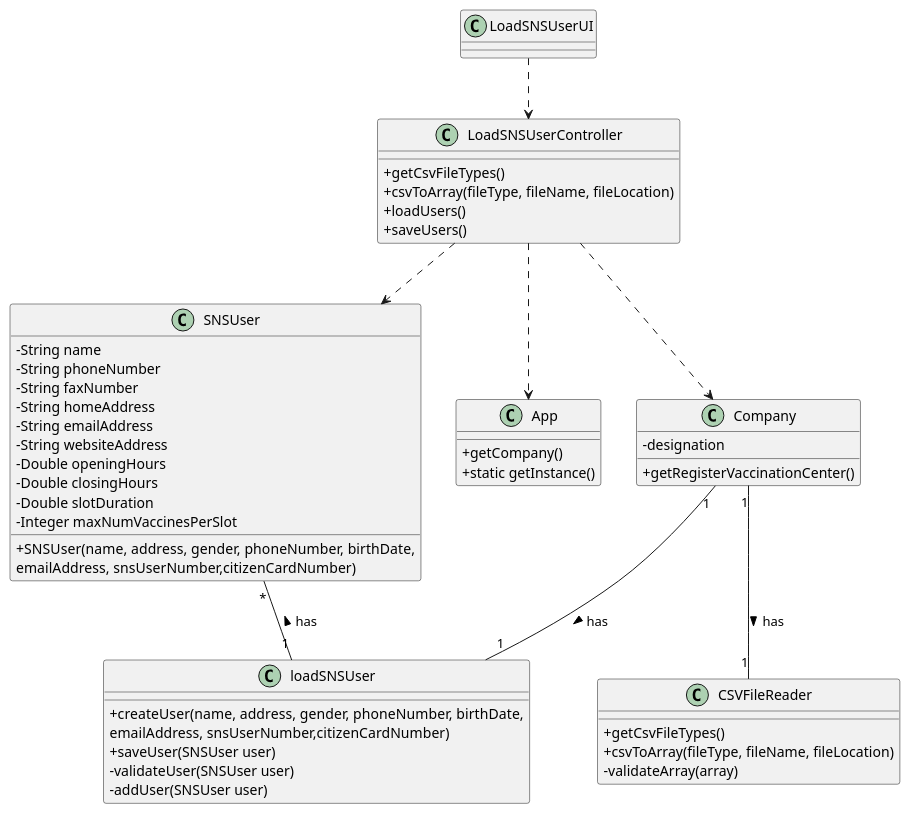
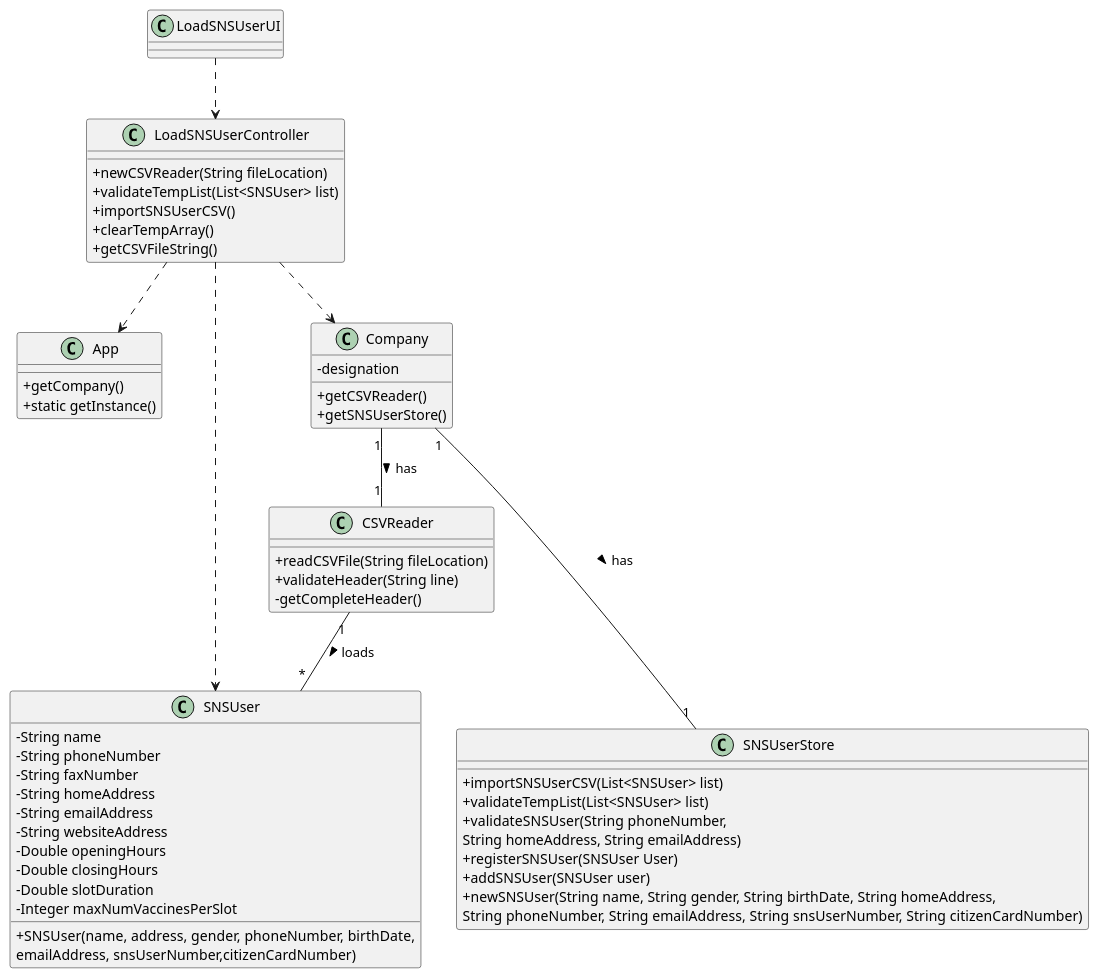
The diagram in docs/SprintC/US14/US14_CD.puml (diogonapoles/isep-lapr2), drawn with PlantUML before and after one commit. The commit also changed 2 other files, not shown here.

```diff
--- a/docs/SprintC/US14/US14_CD.puml
+++ b/docs/SprintC/US14/US14_CD.puml
@@ -1,64 +1,69 @@
 @startuml
 'https://plantuml.com/class-diagram
 skinparam classAttributeIconSize 0
 
 class App{
     +getCompany()
     +static getInstance()
 }
 
 class SNSUser{
     -String name
     -String phoneNumber
     -String faxNumber
     -String homeAddress
     -String emailAddress
     -String websiteAddress
     -Double openingHours
     -Double closingHours
     -Double slotDuration
     -Integer maxNumVaccinesPerSlot
     +SNSUser(name, address, gender, phoneNumber, birthDate,\nemailAddress, snsUserNumber,citizenCardNumber)
 
 }
 
 
 class LoadSNSUserUI {
 }
 
 
 class LoadSNSUserController{
-    +getCsvFileTypes()
-    +csvToArray(fileType, fileName, fileLocation)
-    +loadUsers()
-    +saveUsers()
+    +newCSVReader(String fileLocation)
+    +validateTempList(List<SNSUser> list)
+    +importSNSUserCSV()
+    +clearTempArray()
+    +getCSVFileString()
 }
 
 class Company {
     -designation
-    +getRegisterVaccinationCenter()
+    +getCSVReader()
+    +getSNSUserStore()
 }
 
-class CSVFileReader{
-    +getCsvFileTypes()
-    +csvToArray(fileType, fileName, fileLocation)
-    -validateArray(array)
+class SNSUserStore{
++importSNSUserCSV(List<SNSUser> list)
++validateTempList(List<SNSUser> list)
++validateSNSUser(String phoneNumber,\nString homeAddress, String emailAddress)
++registerSNSUser(SNSUser User)
++addSNSUser(SNSUser user)
++newSNSUser(String name, String gender, String birthDate, String homeAddress,\nString phoneNumber, String emailAddress, String snsUserNumber, String citizenCardNumber)
 }
 
-class loadSNSUser{
-    +createUser(name, address, gender, phoneNumber, birthDate,\nemailAddress, snsUserNumber,citizenCardNumber)
-    +saveUser(SNSUser user)
-    -validateUser(SNSUser user)
-    -addUser(SNSUser user)
+class CSVReader{
+    +readCSVFile(String fileLocation)
+    +validateHeader(String line)
+    -getCompleteHeader()
 }
+
 
 LoadSNSUserUI .down.> LoadSNSUserController
 LoadSNSUserController .down.> Company
-Company "1" -down- "1" loadSNSUser : has >
-Company "1" -down- "1" CSVFileReader : has >
-loadSNSUser "1" -up- "*" SNSUser : has >
+Company "1" -down-- "1" SNSUserStore : has >
+Company "1" -down- "1" CSVReader : has >
+CSVReader "1" -down- "*" SNSUser : loads >
 LoadSNSUserController ..> SNSUser
 LoadSNSUserController ..> App
 
 
 @enduml
```
